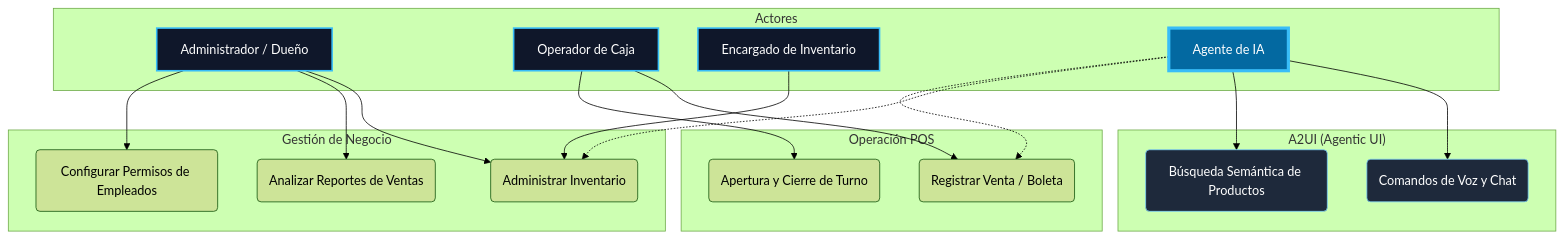
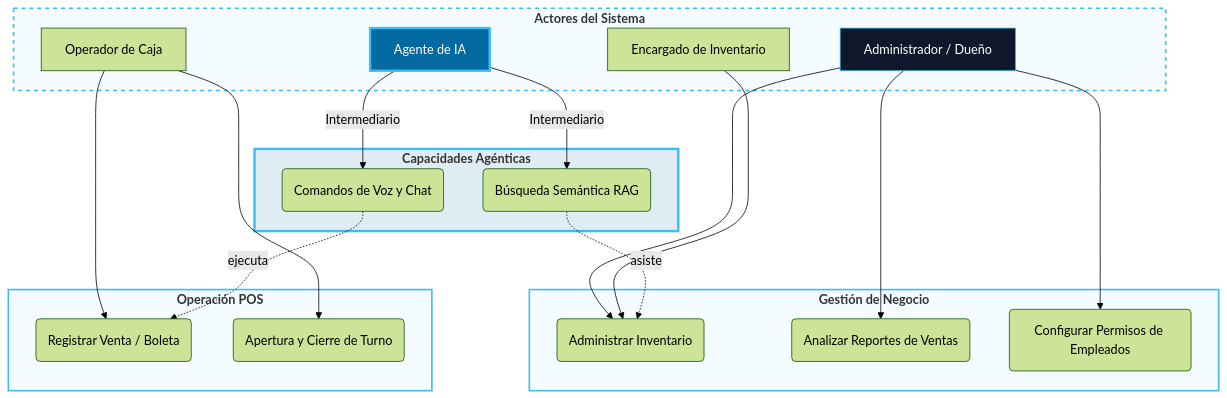
The diagram in docs/technical-room/es/01-SCENARIOS.mdx (HecAguilaV/SIGA), drawn with Mermaid (forest theme) before and after one commit. The commit also changed other lines of this file and 10 other files, not shown here.

Commit message:
docs(tech-room): finalize 4+1 view model with high-fidelity diagrams and semantic monorepo sync

````diff
--- a/docs/technical-room/es/01-SCENARIOS.mdx
+++ b/docs/technical-room/es/01-SCENARIOS.mdx
@@ -9,47 +9,42 @@
 ```mermaid
 graph TD
-    subgraph Actores
+    subgraph Actores [<b>Actores del Sistema</b>]
         Admin[Administrador / Dueño]
         Op[Operador de Caja]
         Inv[Encargado de Inventario]
         AI[Agente de IA]
     end
 
-    subgraph "Gestión de Negocio"
+    subgraph Business [<b>Gestión de Negocio</b>]
         UC1(Administrar Inventario)
         UC2(Analizar Reportes de Ventas)
         UC3(Configurar Permisos de Empleados)
     end
 
-    subgraph "Operación POS"
+    subgraph POS [<b>Operación POS</b>]
         UC4(Registrar Venta / Boleta)
         UC5(Apertura y Cierre de Turno)
     end
 
-    subgraph "A2UI (Agentic UI)"
+    subgraph AI_Layer [<b>Capacidades Agénticas</b>]
         AI1(Comandos de Voz y Chat)
-        AI2(Búsqueda Semántica de Productos)
+        AI2(Búsqueda Semántica RAG)
     end
 
-    Admin --> UC1
-    Admin --> UC2
-    Admin --> UC3
-    
-    Op --> UC4
-    Op --> UC5
-    
+    Admin --> UC1 & UC2 & UC3
+    Op --> UC4 & UC5
     Inv --> UC1
     
-    AI --> AI1
-    AI --> AI2
-    AI -.-> UC1
-    AI -.-> UC4
+    AI -- Intermediario --> AI1 & AI2
+    AI1 -.->|ejecuta| UC4
+    AI2 -.->|asiste| UC1
 
-    %% Estilos de Accesibilidad (Contraste Alto)
-    style Admin fill:#0f172a,stroke:#38bdf8,stroke-width:2px,color:#fff
-    style Op fill:#0f172a,stroke:#38bdf8,stroke-width:2px,color:#fff
-    style Inv fill:#0f172a,stroke:#38bdf8,stroke-width:2px,color:#fff
-    style AI fill:#0369a1,stroke:#38bdf8,stroke-width:4px,color:#fff
-    style AI1 fill:#1e293b,stroke:#7dd3fc,color:#fff
-    style AI2 fill:#1e293b,stroke:#7dd3fc,color:#fff
+    %% Estilos Glass-Tech
+    style Actores fill:#0ea5e90a,stroke:#38bdf8,stroke-width:2px,stroke-dasharray: 5 5
+    style Business fill:#0ea5e90a,stroke:#38bdf8,stroke-width:2px
+    style POS fill:#0ea5e90a,stroke:#38bdf8,stroke-width:2px
+    style AI_Layer fill:#0369a120,stroke:#38bdf8,stroke-width:3px
+    
+    style Admin fill:#0f172a,stroke:#38bdf8,color:#fff
+    style AI fill:#0369a1,stroke:#38bdf8,stroke-width:3px,color:#fff
 ```
````
